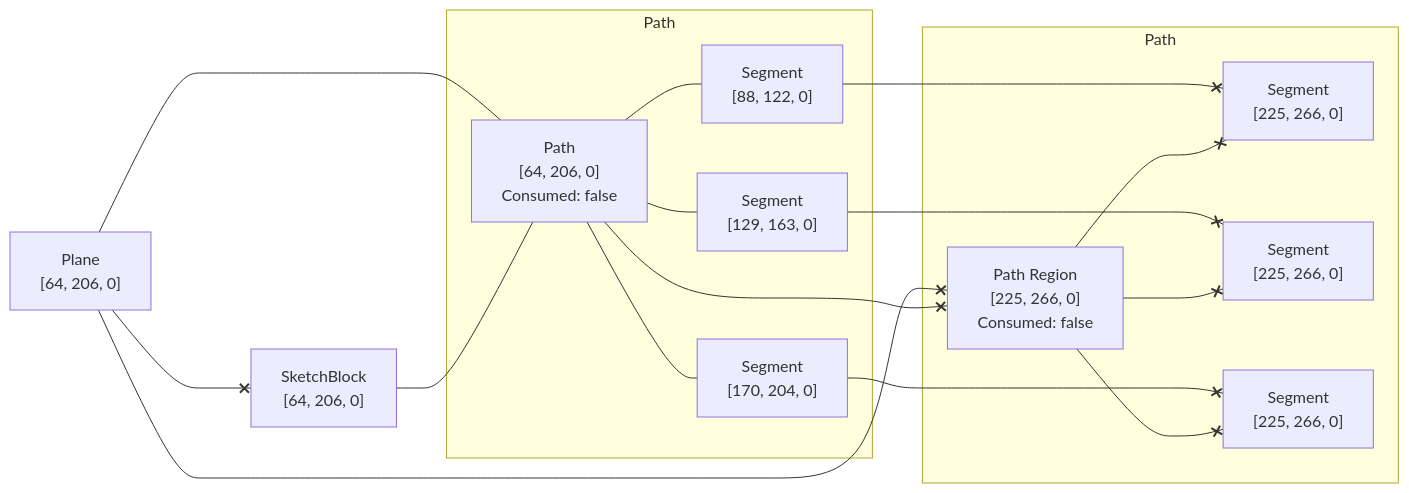
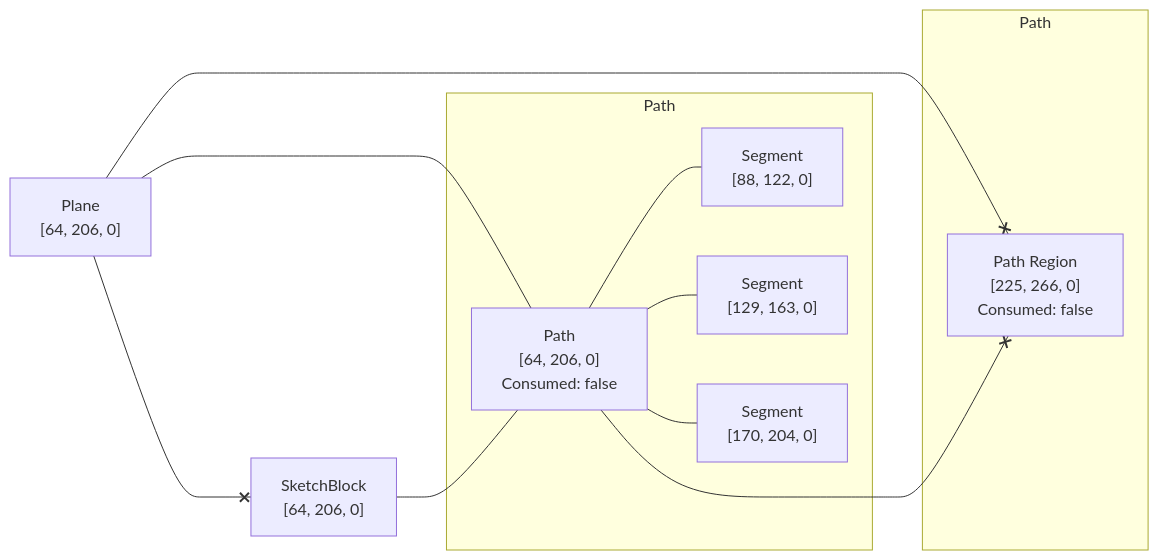
The diagram in rust/kcl-lib/tests/kcl_v2/artifact_graph_flowchart.snap.md (KittyCAD/modeling-app), drawn with Mermaid before and after one commit. The commit also changed 5 other files, not shown here.

````diff
--- a/rust/kcl-lib/tests/kcl_v2/artifact_graph_flowchart.snap.md
+++ b/rust/kcl-lib/tests/kcl_v2/artifact_graph_flowchart.snap.md
@@ -1,41 +1,29 @@
 ```mermaid
 flowchart LR
   subgraph path2 [Path]
     2["Path<br>[64, 206, 0]<br>Consumed: false"]
       %% [ProgramBodyItem { index: 0 }, VariableDeclarationDeclaration, VariableDeclarationInit]
     3["Segment<br>[88, 122, 0]"]
       %% [ProgramBodyItem { index: 0 }, VariableDeclarationDeclaration, VariableDeclarationInit, SketchBlockBody, SketchBlockBodyItem { index: 0 }, VariableDeclarationDeclaration, VariableDeclarationInit]
     4["Segment<br>[129, 163, 0]"]
       %% [ProgramBodyItem { index: 0 }, VariableDeclarationDeclaration, VariableDeclarationInit, SketchBlockBody, SketchBlockBodyItem { index: 1 }, VariableDeclarationDeclaration, VariableDeclarationInit]
     5["Segment<br>[170, 204, 0]"]
       %% [ProgramBodyItem { index: 0 }, VariableDeclarationDeclaration, VariableDeclarationInit, SketchBlockBody, SketchBlockBodyItem { index: 2 }, VariableDeclarationDeclaration, VariableDeclarationInit]
   end
   subgraph path6 [Path]
     6["Path Region<br>[225, 266, 0]<br>Consumed: false"]
       %% [ProgramBodyItem { index: 1 }, VariableDeclarationDeclaration, VariableDeclarationInit]
-    7["Segment<br>[225, 266, 0]"]
-      %% [ProgramBodyItem { index: 1 }, VariableDeclarationDeclaration, VariableDeclarationInit]
-    8["Segment<br>[225, 266, 0]"]
-      %% [ProgramBodyItem { index: 1 }, VariableDeclarationDeclaration, VariableDeclarationInit]
-    9["Segment<br>[225, 266, 0]"]
-      %% [ProgramBodyItem { index: 1 }, VariableDeclarationDeclaration, VariableDeclarationInit]
   end
   1["Plane<br>[64, 206, 0]"]
     %% [ProgramBodyItem { index: 0 }, VariableDeclarationDeclaration, VariableDeclarationInit]
-  10["SketchBlock<br>[64, 206, 0]"]
+  7["SketchBlock<br>[64, 206, 0]"]
     %% [ProgramBodyItem { index: 0 }, VariableDeclarationDeclaration, VariableDeclarationInit]
   1 --- 2
   1 <--x 6
-  1 <--x 10
+  1 <--x 7
   2 --- 3
   2 --- 4
   2 --- 5
   2 <--x 6
-  10 --- 2
-  3 <--x 7
-  4 <--x 8
-  5 <--x 9
-  6 <--x 7
-  6 <--x 8
-  6 <--x 9
+  7 --- 2
 ```
````
